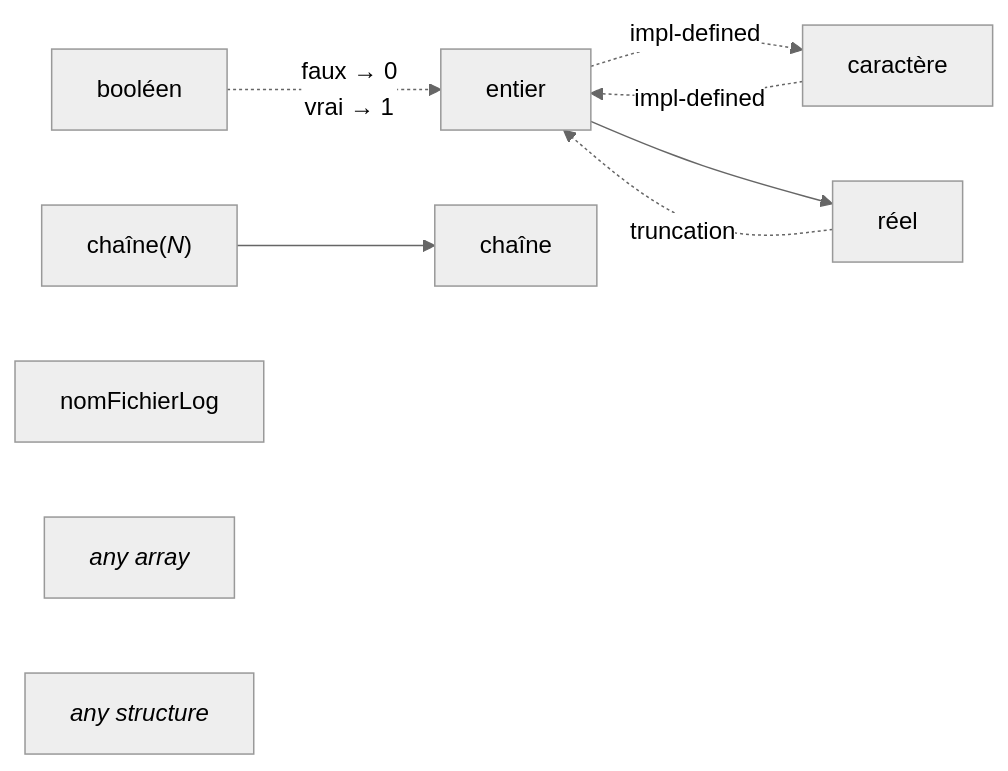
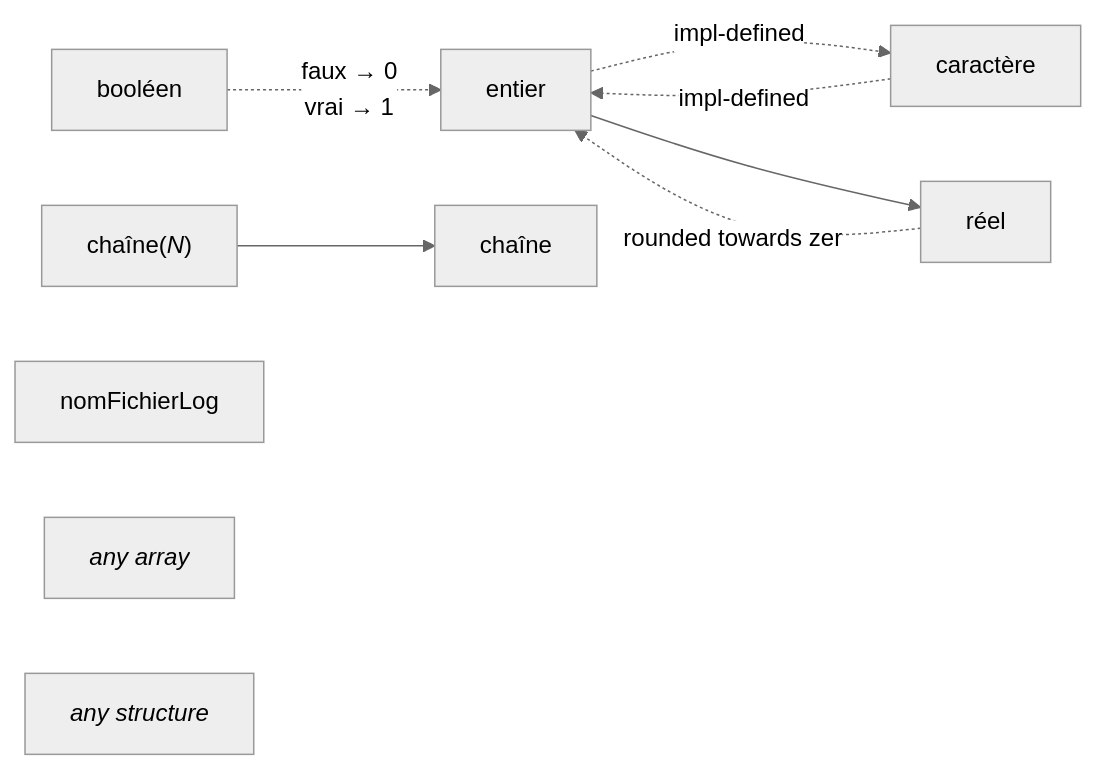
One commit to 5cover/psdc changed the diagram in docs/Conversions.md. Above: the diagram before and after it, drawn with Mermaid (neutral theme). The commit also changed 71 other files, not shown here.

````diff
--- a/docs/Conversions.md
+++ b/docs/Conversions.md
@@ -10,12 +10,12 @@
 ```mermaid
 flowchart LR
 booléen -.faux &rarr; 0<br>vrai &rarr; 1.-> entier
 caractère -.impl-defined.-> entier
 entier -.impl-defined.-> caractère
 chaîneN["chaîne(<var>N</var>)"] --> chaîne
 entier --> réel
-réel -.truncation.->entier
+réel -.rounded towards zero.->entier
 nomFichierLog
 arrays["<em>any array</em>"]
 structures["<em>any structure</em>"]
 ```
````
